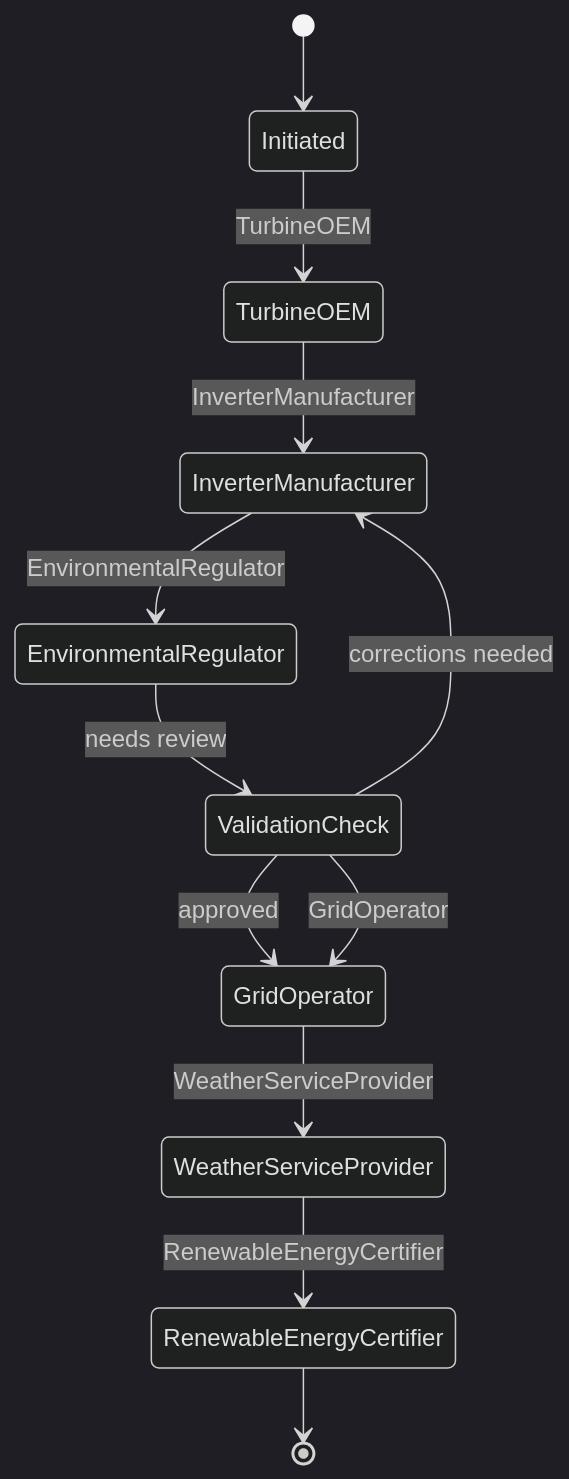
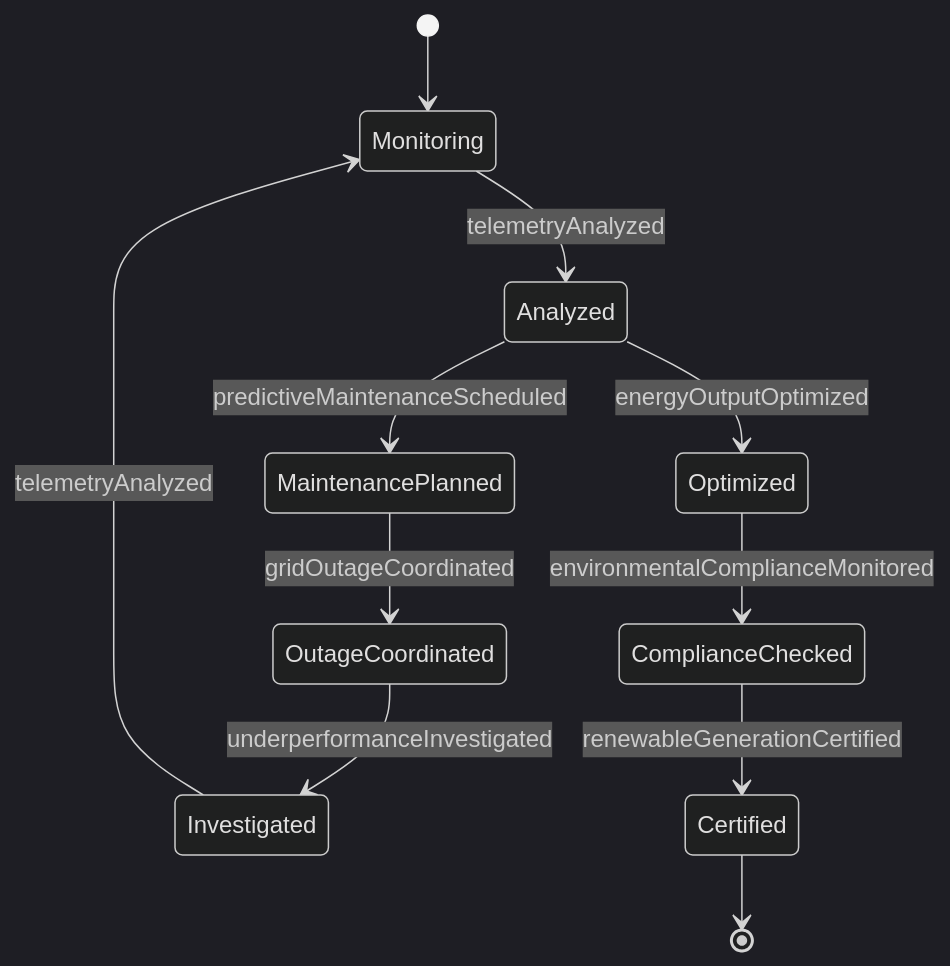
One commit to dot-org-ai/tasks.org.ai changed the second of 4 diagrams in GuidingDirectingAndMotivatingSubordinates/DirectOrganizationalOperationsActivitiesOrProcedures/DirectMaintenanceRepairActivitiesGreen.mdx. Above: the diagram before and after it, drawn with Mermaid (dark theme). The commit also changed other lines of this file and 515 other files, not shown here.

````diff
--- a/GuidingDirectingAndMotivatingSubordinates/DirectOrganizationalOperationsActivitiesOrProcedures/DirectMaintenanceRepairActivitiesGreen.mdx
+++ b/GuidingDirectingAndMotivatingSubordinates/DirectOrganizationalOperationsActivitiesOrProcedures/DirectMaintenanceRepairActivitiesGreen.mdx
@@ -103,14 +103,13 @@
 ```mermaid
 stateDiagram-v2
-    [*] --> Initiated
-    Initiated --> TurbineOEM: TurbineOEM
-    TurbineOEM --> InverterManufacturer: InverterManufacturer
-    InverterManufacturer --> EnvironmentalRegulator: EnvironmentalRegulator
-    EnvironmentalRegulator --> ValidationCheck: needs review
-    ValidationCheck --> InverterManufacturer: corrections needed
-    ValidationCheck --> GridOperator: approved
-    ValidationCheck --> GridOperator: GridOperator
-    GridOperator --> WeatherServiceProvider: WeatherServiceProvider
-    WeatherServiceProvider --> RenewableEnergyCertifier: RenewableEnergyCertifier
-    RenewableEnergyCertifier --> [*]
+    [*] --> Monitoring
+    Monitoring --> Analyzed : telemetryAnalyzed
+    Analyzed --> MaintenancePlanned : predictiveMaintenanceScheduled
+    Analyzed --> Optimized : energyOutputOptimized
+    MaintenancePlanned --> OutageCoordinated : gridOutageCoordinated
+    OutageCoordinated --> Investigated : underperformanceInvestigated
+    Investigated --> Monitoring : telemetryAnalyzed
+    Optimized --> ComplianceChecked : environmentalComplianceMonitored
+    ComplianceChecked --> Certified : renewableGenerationCertified
+    Certified --> [*]
 ```
````
